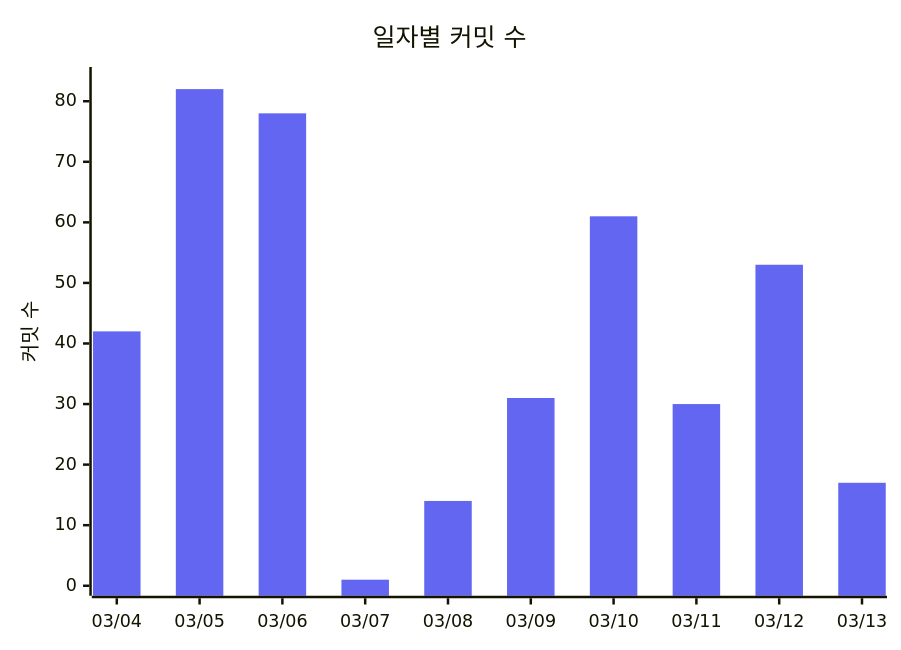
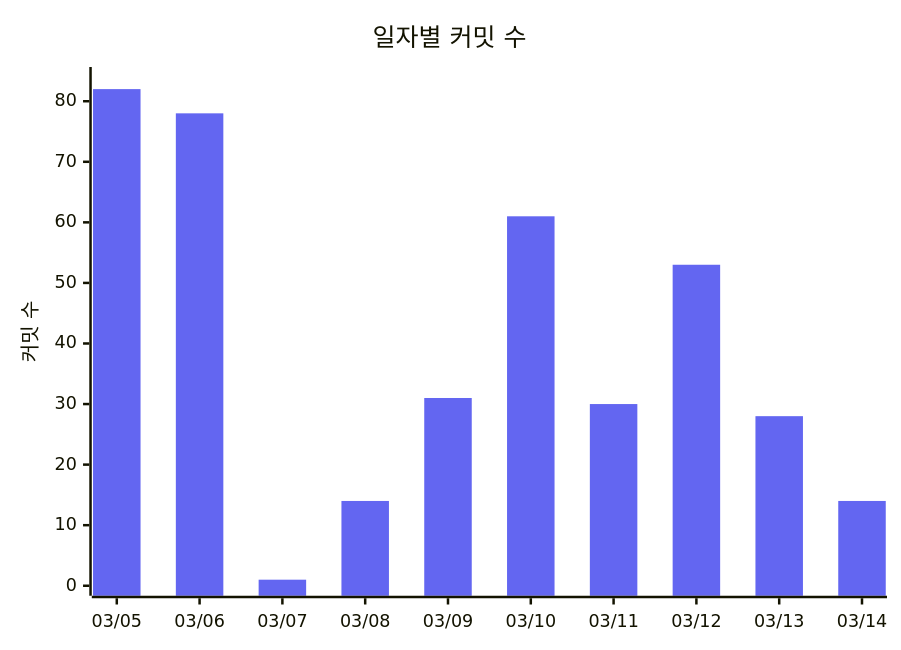
The fourth of 4 diagrams in README.md (3rd-project-team-1/ALYAC-market-team1), drawn with Mermaid before and after one commit. The commit also changed other lines of this file, not shown here.

Commit message:
docs: 커밋 활동 차트 자동 업데이트 [skip ci]

````diff
--- a/README.md
+++ b/README.md
@@ -452,12 +453,12 @@
 ```mermaid
 %%{init: { 'theme': 'base', 'themeVariables': {
   'xyChart': {
     'plotColorPalette': '#6366f1'
   }
 } } }%%
 xychart-beta
   title "일자별 커밋 수"
-  x-axis ["03/04", "03/05", "03/06", "03/07", "03/08", "03/09", "03/10", "03/11", "03/12", "03/13"]
+  x-axis ["03/05", "03/06", "03/07", "03/08", "03/09", "03/10", "03/11", "03/12", "03/13", "03/14"]
   y-axis "커밋 수" 0 --> 84
-  bar [42, 82, 78, 1, 14, 31, 61, 30, 53, 17]
+  bar [82, 78, 1, 14, 31, 61, 30, 53, 28, 14]
 ```
````
